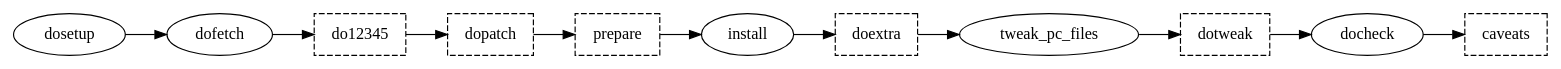
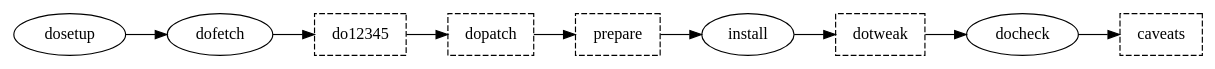
One commit to leleliu008/xcpkg changed the diagram in phases.dot. Above: the diagram before and after it, drawn with Graphviz. The commit also changed 3 other files, not shown here.

```diff
--- a/phases.dot
+++ b/phases.dot
@@ -1,12 +1,11 @@
 digraph {
     rankdir="LR"
 
-    dosetup -> dofetch -> do12345 -> dopatch -> prepare -> install -> doextra -> tweak_pc_files -> dotweak -> docheck -> caveats
+    dosetup -> dofetch -> do12345 -> dopatch -> prepare -> install -> dotweak -> docheck -> caveats
 
     do12345 [shape="box"; style="dashed"];
     dopatch [shape="box"; style="dashed"];
     prepare [shape="box"; style="dashed"];
-    doextra [shape="box"; style="dashed"];
     dotweak [shape="box"; style="dashed"];
     caveats [shape="box"; style="dashed"];
 }
```
